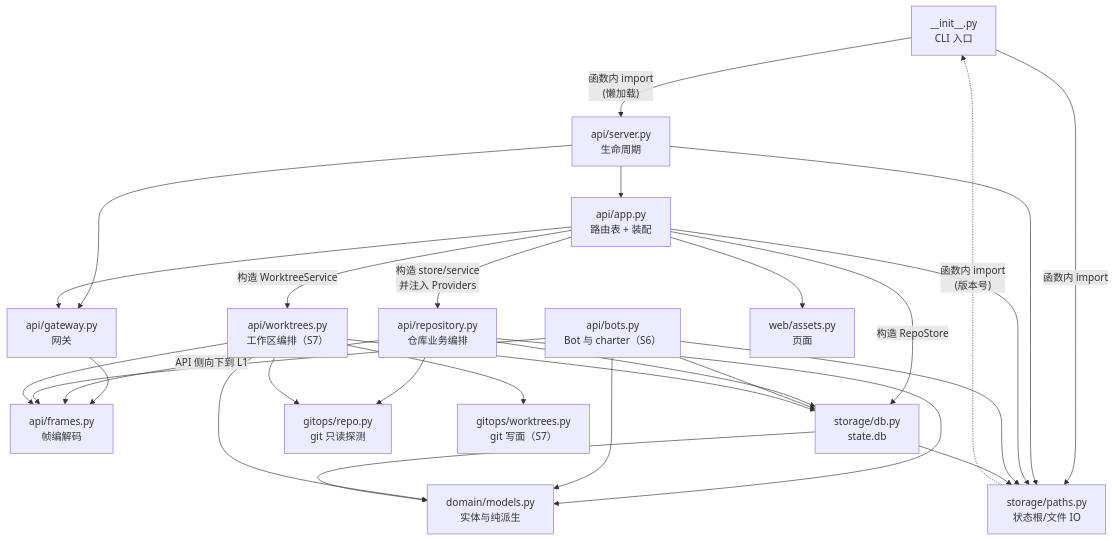
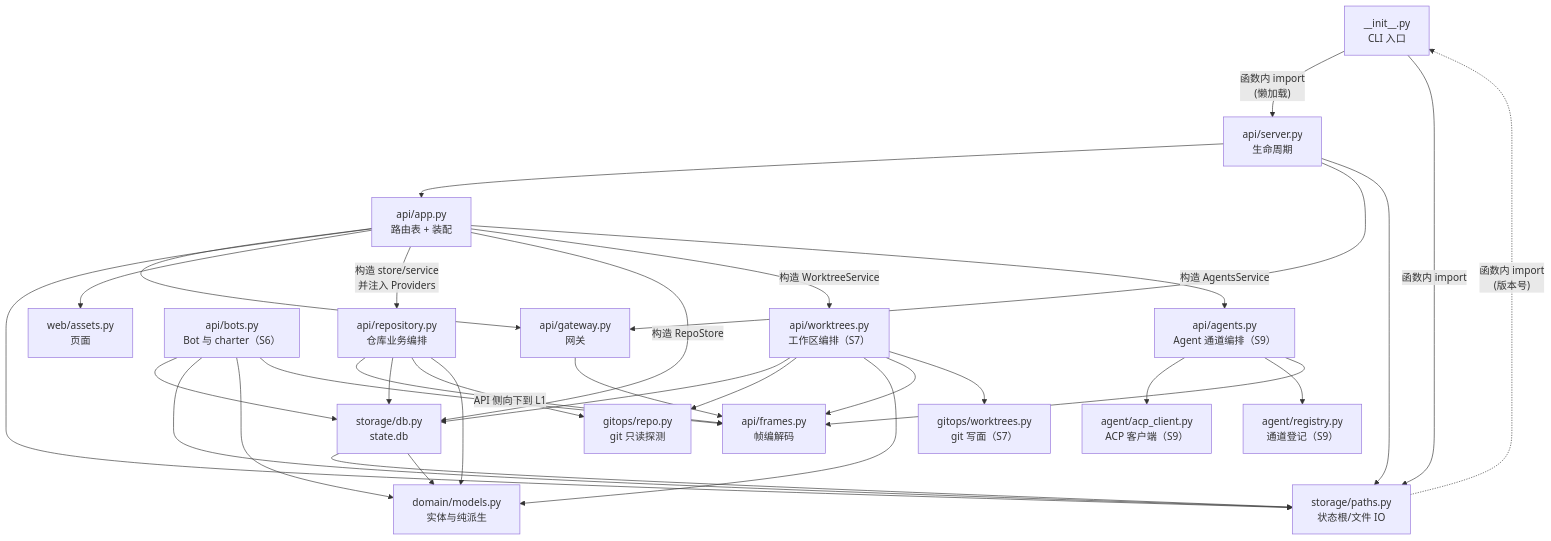
Before and after one commit to postel-studio/postel-studio: the diagram in docs/codemap/02-layers.md, drawn with Mermaid. The commit also changed other lines of this file and 18 other files, not shown here.

First line of the commit message:
feat(agent): a stdio ACP client, a channel registry, and two frame methods

````diff
--- a/docs/codemap/02-layers.md
+++ b/docs/codemap/02-layers.md
@@ -44,46 +50,53 @@
 ```mermaid
 graph TD
     CLI["__init__.py<br/>CLI 入口"]
     SRV["api/server.py<br/>生命周期"]
     APP["api/app.py<br/>路由表 + 装配"]
     GW["api/gateway.py<br/>网关"]
     FR["api/frames.py<br/>帧编解码"]
     RS["api/repository.py<br/>仓库业务编排"]
     BT["api/bots.py<br/>Bot 与 charter（S6）"]
     WT["api/worktrees.py<br/>工作区编排（S7）"]
+    AGT["api/agents.py<br/>Agent 通道编排（S9）"]
     AS["web/assets.py<br/>页面"]
     DB["storage/db.py<br/>state.db"]
     PA["storage/paths.py<br/>状态根/文件 IO"]
     GO["gitops/repo.py<br/>git 只读探测"]
     GW2["gitops/worktrees.py<br/>git 写面（S7）"]
+    AC["agent/acp_client.py<br/>ACP 客户端（S9）"]
+    AR["agent/registry.py<br/>通道登记（S9）"]
     DM["domain/models.py<br/>实体与纯派生"]
 
     CLI -->|"函数内 import<br/>(懒加载)"| SRV
     CLI -->|"函数内 import"| PA
     SRV --> APP
     SRV --> GW
     SRV --> PA
     APP --> GW
     APP --> PA
     APP --> AS
     APP -->|"构造 store/service<br/>并注入 Providers"| RS
     APP -->|"构造 RepoStore"| DB
     GW --> FR
     RS -->|"API 侧向下到 L1"| FR
     RS --> DB
     RS --> GO
     RS --> DM
     BT --> DB
     BT --> PA
     BT --> DM
     BT --> FR
     APP -->|"构造 WorktreeService"| WT
     WT --> DB
     WT --> GO
     WT --> DM
     WT --> FR
     WT --> GW2
+    APP -->|"构造 AgentsService"| AGT
+    AGT --> AC
+    AGT --> AR
+    AGT --> FR
     DB --> PA
     DB --> DM
     PA -.->|"函数内 import<br/>(版本号)"| CLI
 ```
````
